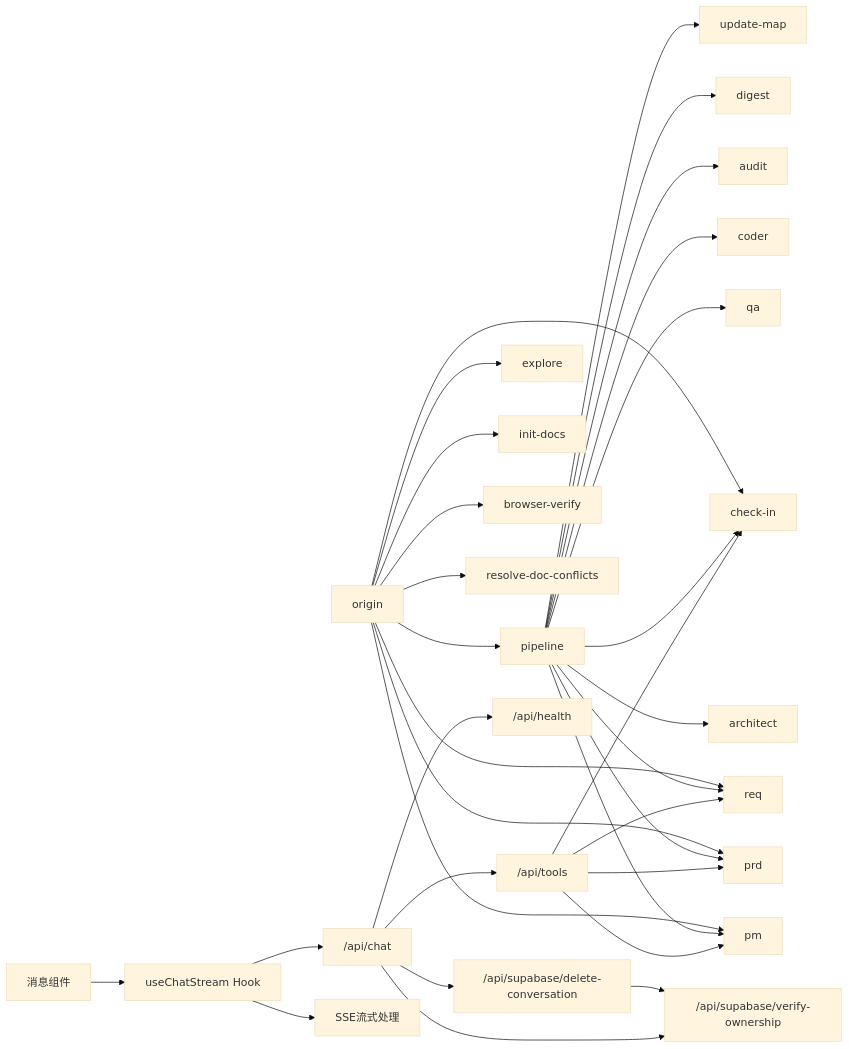
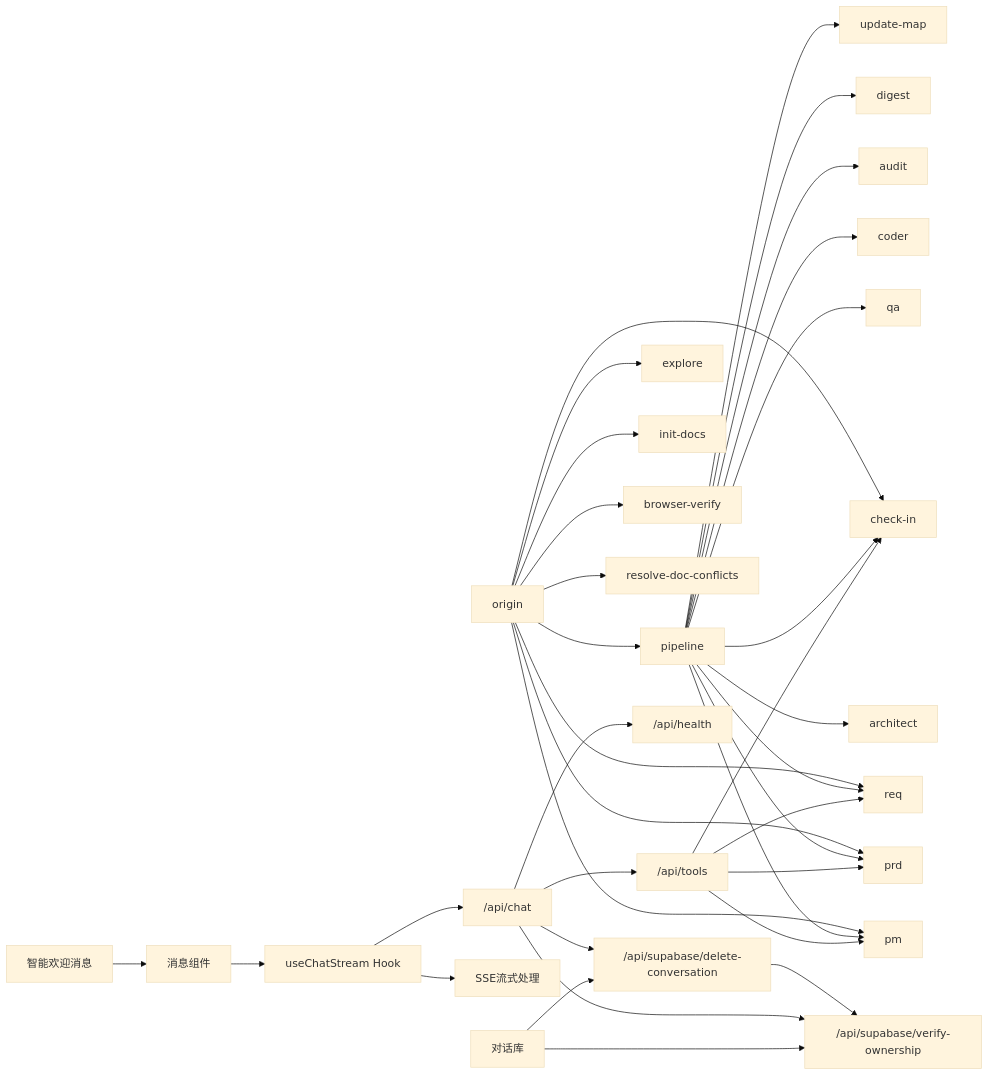
Before and after one commit to CryptoLinxu/Web3-AI-Agent: the third of 3 diagrams in .qoder/repowiki/zh/content/API参考文档/API参考文档.md, drawn with Mermaid (base theme). The commit also changed other lines of this file and 12 other files, not shown here.

````diff
--- a/.qoder/repowiki/zh/content/API参考文档/API参考文档.md
+++ b/.qoder/repowiki/zh/content/API参考文档/API参考文档.md
@@ -755,34 +830,37 @@
 ```mermaid
 graph LR
 ORG["origin"] --> PIPE["pipeline"]
 ORG --> PM["pm"]
 ORG --> PRD["prd"]
 ORG --> REQ["req"]
 ORG --> CI["check-in"]
 ORG --> EXP["explore"]
 ORG --> INIT["init-docs"]
 ORG --> BVER["browser-verify"]
 ORG --> RES["resolve-doc-conflicts"]
 PIPE --> PM
 PIPE --> PRD
 PIPE --> REQ
 PIPE --> CI
 PIPE --> ARCH["architect"]
 PIPE --> QA["qa"]
 PIPE --> CODER["coder"]
 PIPE --> AUDIT["audit"]
 PIPE --> DIGEST["digest"]
 PIPE --> UMAP["update-map"]
 CHAT["/api/chat"] --> TOOLS["/api/tools"]
 CHAT --> HEALTH["/api/health"]
 DELCONV["/api/supabase/delete-conversation"] --> VERIFYOWN["/api/supabase/verify-ownership"]
 CHAT --> DELCONV
 CHAT --> VERIFYOWN
 TOOLS --> PM
 TOOLS --> PRD
 TOOLS --> REQ
 TOOLS --> CI
 HOOK["useChatStream Hook"] --> CHAT
 HOOK --> STREAM["SSE流式处理"]
 COMP["消息组件"] --> HOOK
+WELCOMEMSG["智能欢迎消息"] --> COMP
+CONVLIB["对话库"] --> DELCONV
+CONVLIB --> VERIFYOWN
 ```
````
